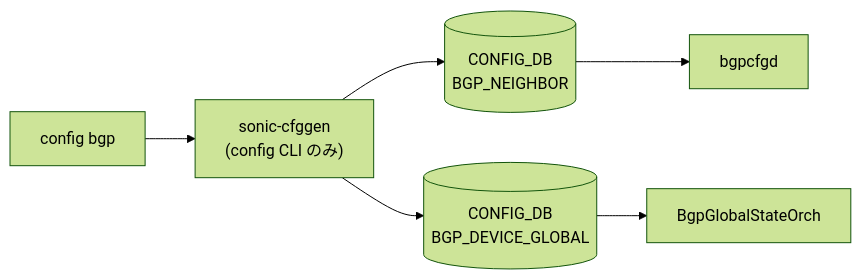
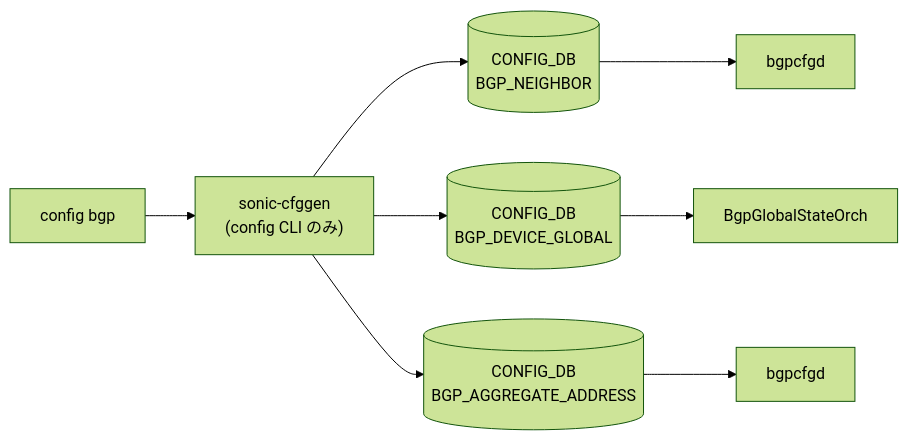
The diagram in docs/reference/cli/config-bgp.md (aoki-taquan/sonic-unofficial-docs), drawn with Mermaid (forest theme) before and after one commit. The commit also changed 76 other files, not shown here.

First line of the commit message:
chore: expand CDB/CLI mermaid coverage to 119/122 and 52/73

````diff
--- a/docs/reference/cli/config-bgp.md
+++ b/docs/reference/cli/config-bgp.md
@@ -271,14 +271,18 @@
 ```mermaid
 flowchart LR
   CLI["config bgp"]
   SC["sonic-cfggen<br/>(config CLI のみ)"]
   CLI --> SC
   CDB0[("CONFIG_DB<br/>BGP_NEIGHBOR")]
   SC --> CDB0
   DM0["bgpcfgd"]
   CDB0 --> DM0
   CDB1[("CONFIG_DB<br/>BGP_DEVICE_GLOBAL")]
   SC --> CDB1
   DM1["BgpGlobalStateOrch"]
   CDB1 --> DM1
+  CDB2[("CONFIG_DB<br/>BGP_AGGREGATE_ADDRESS")]
+  SC --> CDB2
+  DM2["bgpcfgd"]
+  CDB2 --> DM2
 ```
````
